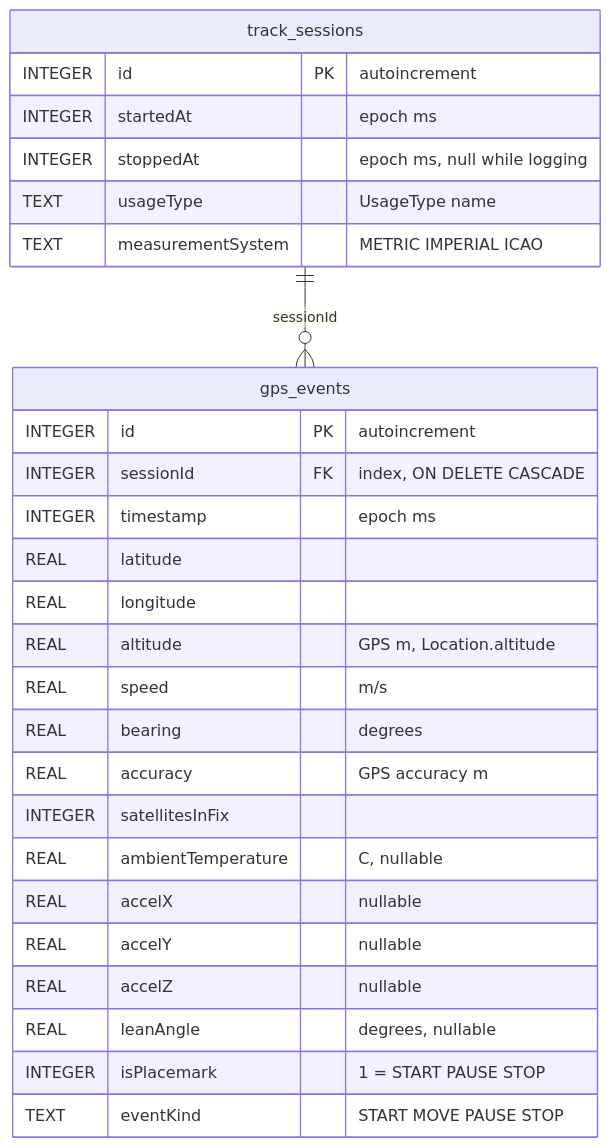
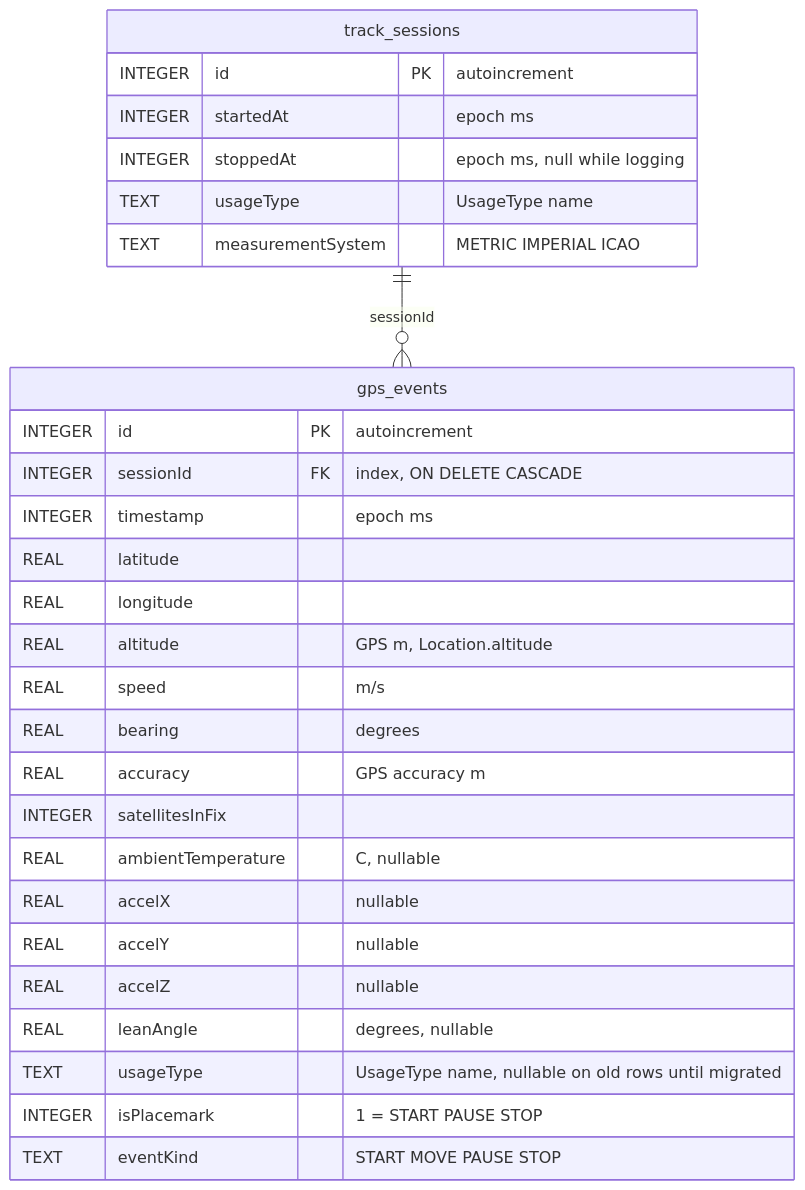
The diagram in docs/DBSTRUCT-en.md (lkovari/gtl), drawn with Mermaid before and after one commit. The commit also changed other lines of this file and 30 other files, not shown here.

Commit message:
add: bike  usage type differentiabte between bike and motorbike, add symbol to map of usage type vehicle except for the runner, open

````diff
--- a/docs/DBSTRUCT-en.md
+++ b/docs/DBSTRUCT-en.md
@@ -8,32 +8,33 @@
 ```mermaid
 erDiagram
     track_sessions ||--o{ gps_events : "sessionId"
 
     track_sessions {
         INTEGER id PK "autoincrement"
         INTEGER startedAt "epoch ms"
         INTEGER stoppedAt "epoch ms, null while logging"
         TEXT usageType "UsageType name"
         TEXT measurementSystem "METRIC IMPERIAL ICAO"
     }
 
     gps_events {
         INTEGER id PK "autoincrement"
         INTEGER sessionId FK "index, ON DELETE CASCADE"
         INTEGER timestamp "epoch ms"
         REAL latitude
         REAL longitude
         REAL altitude "GPS m, Location.altitude"
         REAL speed "m/s"
         REAL bearing "degrees"
         REAL accuracy "GPS accuracy m"
         INTEGER satellitesInFix
         REAL ambientTemperature "C, nullable"
         REAL accelX "nullable"
         REAL accelY "nullable"
         REAL accelZ "nullable"
         REAL leanAngle "degrees, nullable"
+        TEXT usageType "UsageType name, nullable on old rows until migrated"
         INTEGER isPlacemark "1 = START PAUSE STOP"
         TEXT eventKind "START MOVE PAUSE STOP"
     }
 ```
````
